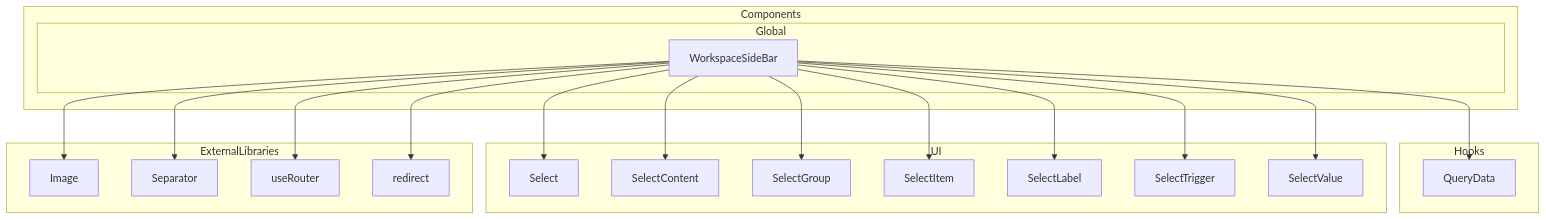
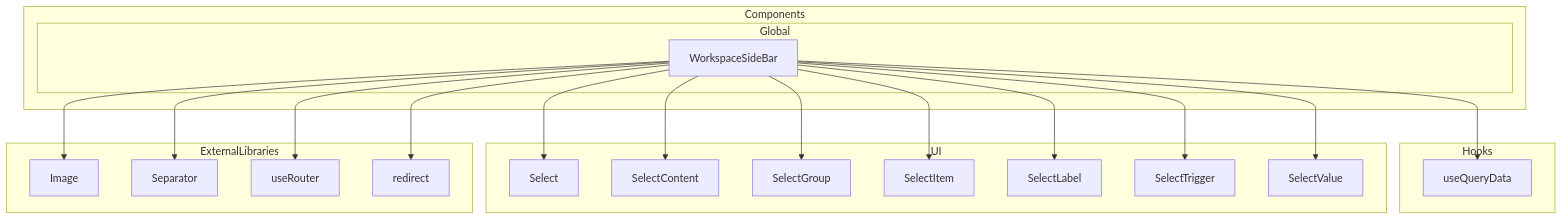
Before and after one commit to Anand-kumar-63/wenet: the diagram in swark-output/2025-11-20__23-01-31__diagram.md, drawn with Mermaid. The commit also changed 9 other files, not shown here.

Commit message:
Change QueryData to useQueryData

````diff
--- a/swark-output/2025-11-20__23-01-31__diagram.md
+++ b/swark-output/2025-11-20__23-01-31__diagram.md
@@ -21,39 +21,39 @@
 ```mermaid
 graph TD
     subgraph Components
         subgraph Global
             WorkspaceSidebar[WorkspaceSideBar]
         end
     end
     subgraph Hooks
-        QueryData[QueryData]
+        useQueryData[useQueryData]
     end
     subgraph UI
         Select[Select]
         SelectContent[SelectContent]
         SelectGroup[SelectGroup]
         SelectItem[SelectItem]
         SelectLabel[SelectLabel]
         SelectTrigger[SelectTrigger]
         SelectValue[SelectValue]
     end
     subgraph ExternalLibraries
         Image[Image]
         Separator[Separator]
         Router[useRouter]
         Redirect[redirect]
     end
 
     WorkspaceSidebar --> Select
     WorkspaceSidebar --> SelectContent
     WorkspaceSidebar --> SelectGroup
     WorkspaceSidebar --> SelectItem
     WorkspaceSidebar --> SelectLabel
     WorkspaceSidebar --> SelectTrigger
     WorkspaceSidebar --> SelectValue
     WorkspaceSidebar --> Image
     WorkspaceSidebar --> Separator
     WorkspaceSidebar --> Router
     WorkspaceSidebar --> Redirect
-    WorkspaceSidebar --> QueryData
+    WorkspaceSidebar --> useQueryData
 ```
````
